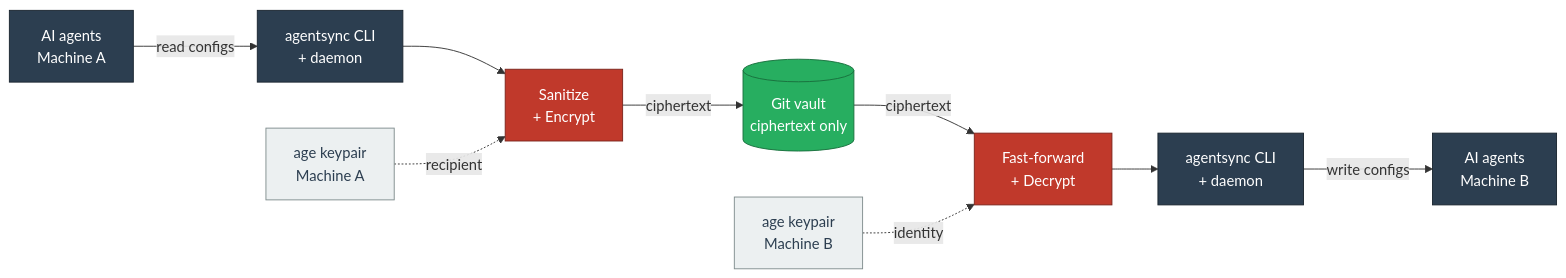
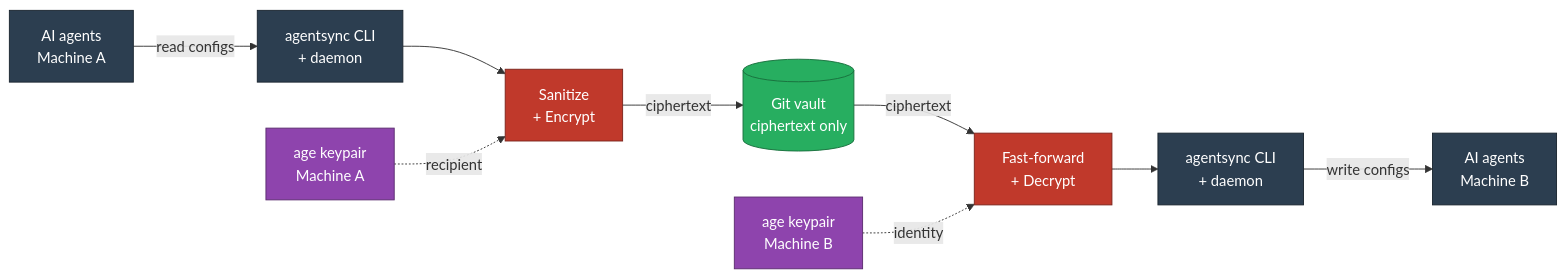
One commit to chrisleekr/agentsync changed the first of 3 diagrams in docs/architecture-overview.md. Above: the diagram before and after it, drawn with Mermaid. The commit also changed other lines of this file and 1 other file, not shown here.

First line of the commit message:
docs(theme): fix dark-mode contrast for mermaid diagrams

````diff
--- a/docs/architecture-overview.md
+++ b/docs/architecture-overview.md
@@ -13,26 +13,26 @@
 ```mermaid
 flowchart LR
     AgentsA["AI agents<br/>Machine A"]:::local
     CLI_A["agentsync CLI<br/>+ daemon"]:::local
     KeyA["age keypair<br/>Machine A"]:::key
     SanitizeEncrypt["Sanitize<br/>+ Encrypt"]:::gate
     Vault[("Git vault<br/>ciphertext only")]:::remote
     DecryptApply["Fast-forward<br/>+ Decrypt"]:::gate
     KeyB["age keypair<br/>Machine B"]:::key
     CLI_B["agentsync CLI<br/>+ daemon"]:::local
     AgentsB["AI agents<br/>Machine B"]:::local
 
     AgentsA -->|read configs| CLI_A
     CLI_A --> SanitizeEncrypt
     KeyA -.->|recipient| SanitizeEncrypt
     SanitizeEncrypt -->|ciphertext| Vault
     Vault -->|ciphertext| DecryptApply
     KeyB -.->|identity| DecryptApply
     DecryptApply --> CLI_B
     CLI_B -->|write configs| AgentsB
 
     classDef local fill:#2c3e50,color:#ffffff,stroke:#1a252f
-    classDef key fill:#ecf0f1,color:#2c3e50,stroke:#7f8c8d
+    classDef key fill:#8e44ad,color:#ffffff,stroke:#5b2c6f
     classDef gate fill:#c0392b,color:#ffffff,stroke:#7b241c
     classDef remote fill:#27ae60,color:#ffffff,stroke:#196f3d
 ```
````
